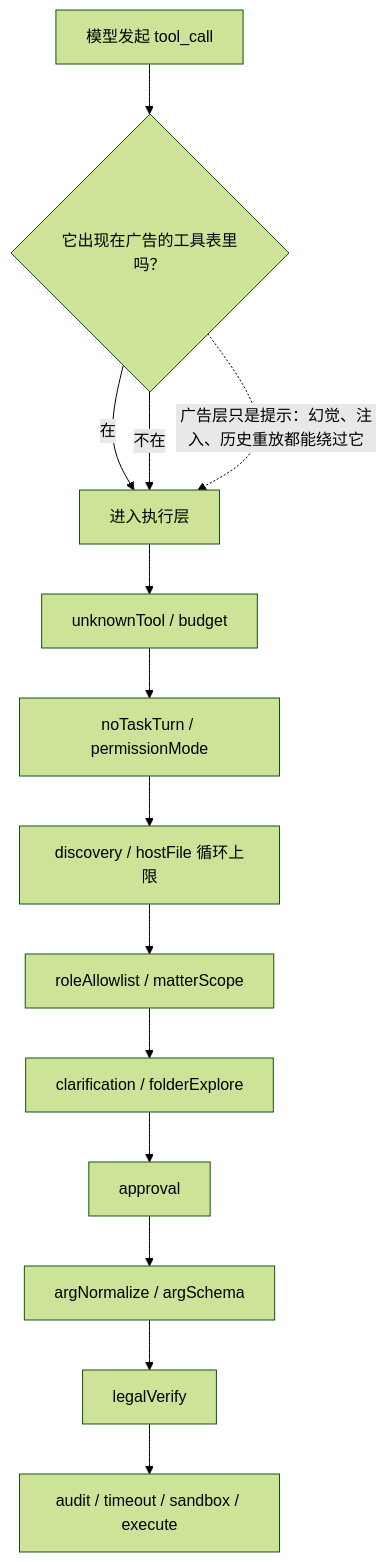
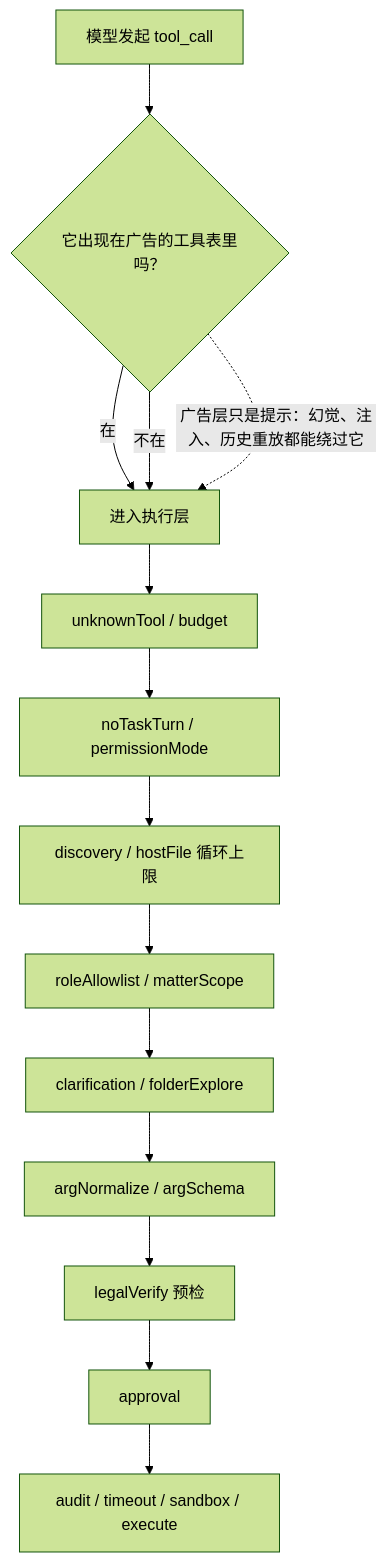
The second of 4 diagrams in docs/lawmind/LAWMIND-ARCHITECTURE-STUDY.md (sunhl4/LawMind), drawn with Mermaid (forest theme) before and after one commit. The commit also changed other lines of this file and 937 other files, not shown here.

````diff
--- a/docs/lawmind/LAWMIND-ARCHITECTURE-STUDY.md
+++ b/docs/lawmind/LAWMIND-ARCHITECTURE-STUDY.md
@@ -309,16 +313,16 @@
 ```mermaid
 flowchart TD
   M["模型发起 tool_call"] --> ADV{"它出现在广告的工具表里吗？"}
   ADV -->|在| EXEC["进入执行层"]
   ADV -->|不在| EXEC
   EXEC --> C1["unknownTool / budget"]
   C1 --> C2["noTaskTurn / permissionMode"]
   C2 --> C3["discovery / hostFile 循环上限"]
   C3 --> C4["roleAllowlist / matterScope"]
   C4 --> C5["clarification / folderExplore"]
-  C5 --> C6["approval"]
-  C6 --> C7["argNormalize / argSchema"]
-  C7 --> C8["legalVerify"]
+  C5 --> C6["argNormalize / argSchema"]
+  C6 --> C7["legalVerify 预检"]
+  C7 --> C8["approval"]
   C8 --> C9["audit / timeout / sandbox / execute"]
   ADV -.->|"广告层只是提示：幻觉、注入、历史重放都能绕过它"| EXEC
 ```
````
